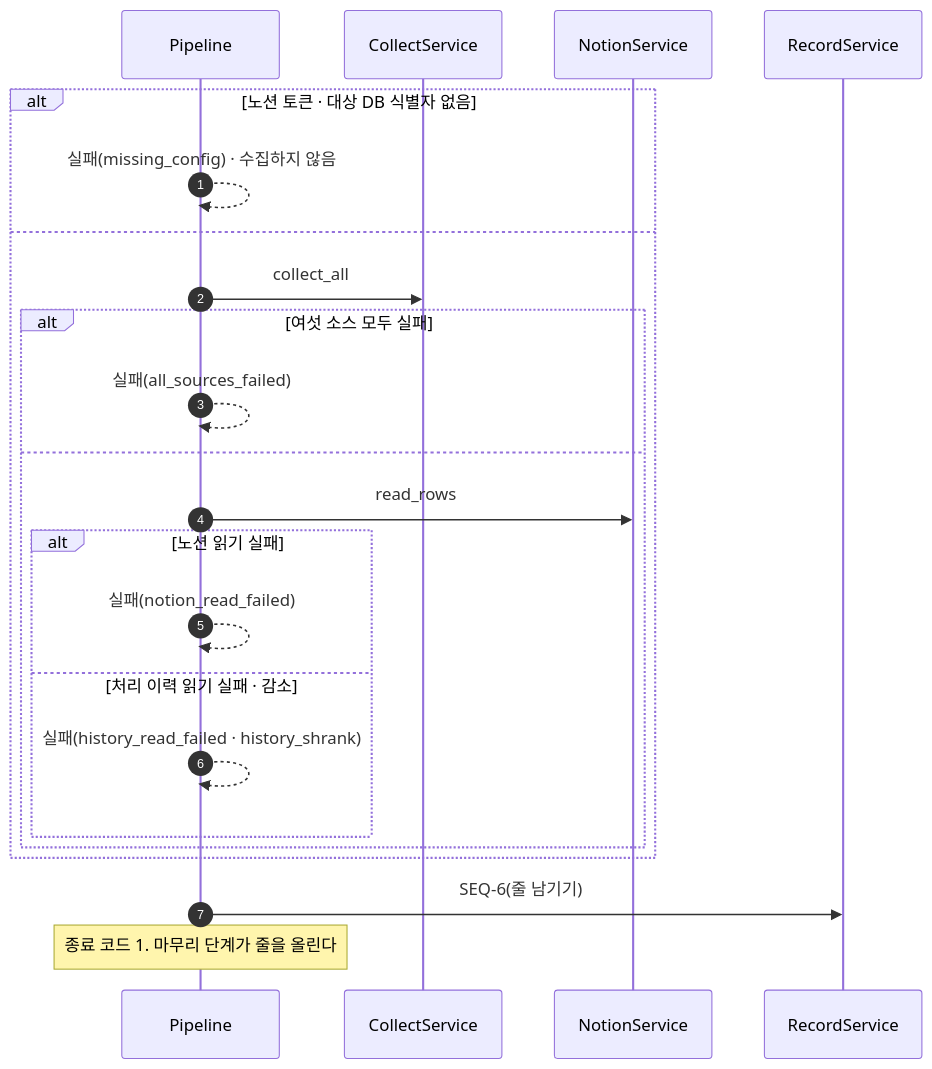
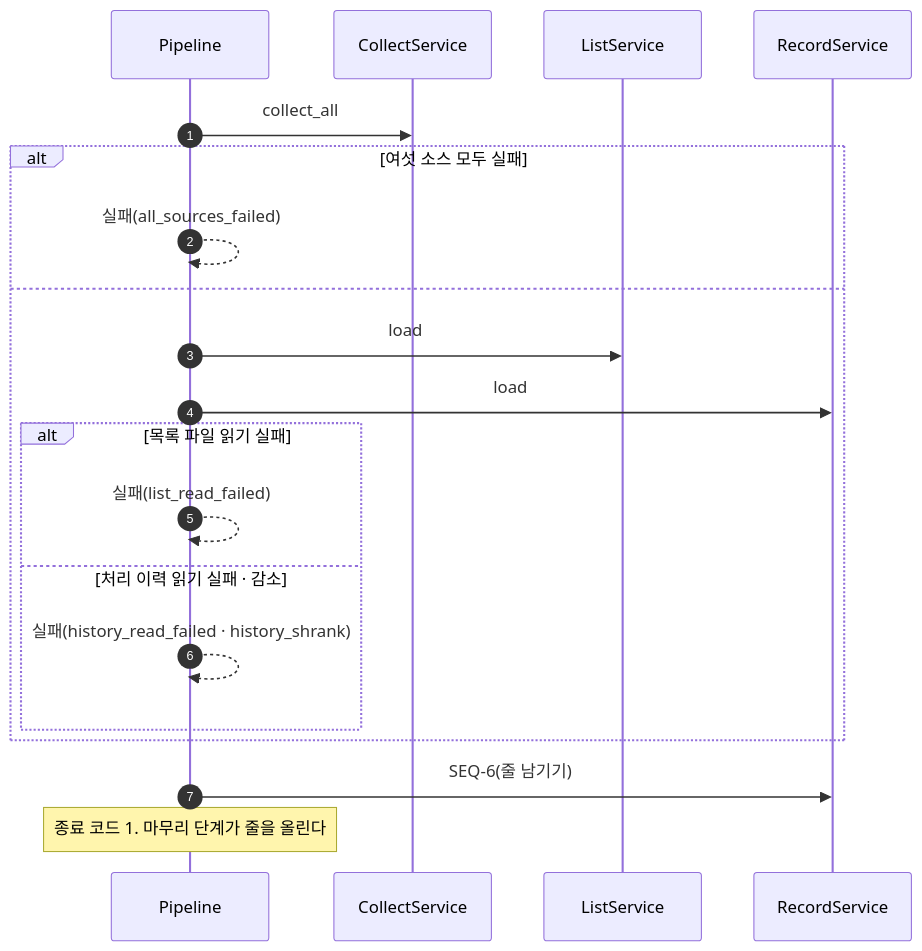
The ninth of 12 diagrams in docs/specs/09-SEQ/CCR-SEQ-001.md (HoyoungParkme/competition-crawler), drawn with Mermaid before and after one commit. The commit also changed other lines of this file, not shown here.

````diff
--- a/docs/specs/09-SEQ/CCR-SEQ-001.md
+++ b/docs/specs/09-SEQ/CCR-SEQ-001.md
@@ -389,25 +385,22 @@
 ```mermaid
 sequenceDiagram
     autonumber
     participant P as Pipeline
     participant CS as CollectService
-    participant NS as NotionService
+    participant LS as ListService
     participant RS as RecordService
-    alt 노션 토큰 · 대상 DB 식별자 없음
-        P-->>P: 실패(missing_config) · 수집하지 않음
+    P->>CS: collect_all
+    alt 여섯 소스 모두 실패
+        P-->>P: 실패(all_sources_failed)
     else
-        P->>CS: collect_all
-        alt 여섯 소스 모두 실패
-            P-->>P: 실패(all_sources_failed)
-        else
-            P->>NS: read_rows
-            alt 노션 읽기 실패
-                P-->>P: 실패(notion_read_failed)
-            else 처리 이력 읽기 실패 · 감소
-                P-->>P: 실패(history_read_failed · history_shrank)
-            end
+        P->>LS: load
+        P->>RS: load
+        alt 목록 파일 읽기 실패
+            P-->>P: 실패(list_read_failed)
+        else 처리 이력 읽기 실패 · 감소
+            P-->>P: 실패(history_read_failed · history_shrank)
         end
     end
     P->>RS: SEQ-6(줄 남기기)
     Note over P: 종료 코드 1. 마무리 단계가 줄을 올린다
 ```
````
